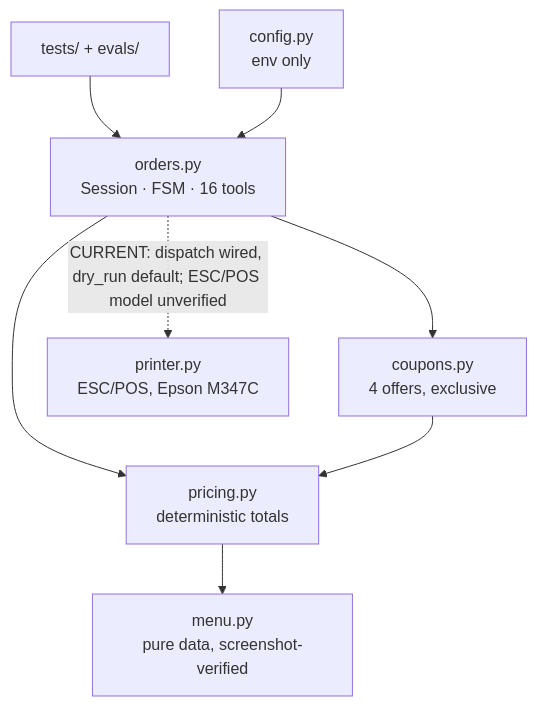
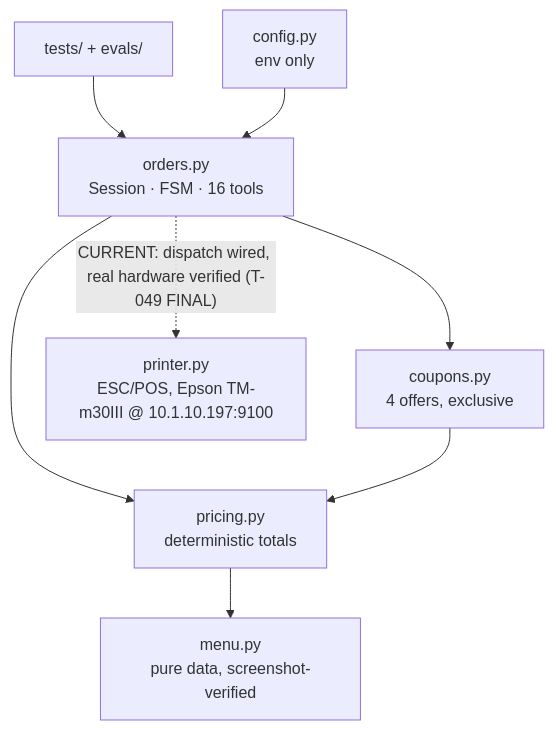
Before and after one commit to ckvishwa/Lakewood-AI: the first of 3 diagrams in docs/ARCHITECTURE.md, drawn with Mermaid. The commit also changed other lines of this file and 11 other files, not shown here.

````diff
--- a/docs/ARCHITECTURE.md
+++ b/docs/ARCHITECTURE.md
@@ -19,10 +19,10 @@
 ```mermaid
 graph TD
     T[tests/ + evals/] --> O[orders.py<br/>Session · FSM · 16 tools]
     O --> P[pricing.py<br/>deterministic totals]
     O --> C[coupons.py<br/>4 offers, exclusive]
     P --> M[menu.py<br/>pure data, screenshot-verified]
     C --> P
-    O -.CURRENT: dispatch wired, dry_run default; ESC/POS model unverified.-> PR[printer.py<br/>ESC/POS, Epson M347C]
+    O -.CURRENT: dispatch wired, real hardware verified (T-049 FINAL).-> PR[printer.py<br/>ESC/POS, Epson TM-m30III @ 10.1.10.197:9100]
     CF[config.py<br/>env only] --> O
 ```
````
